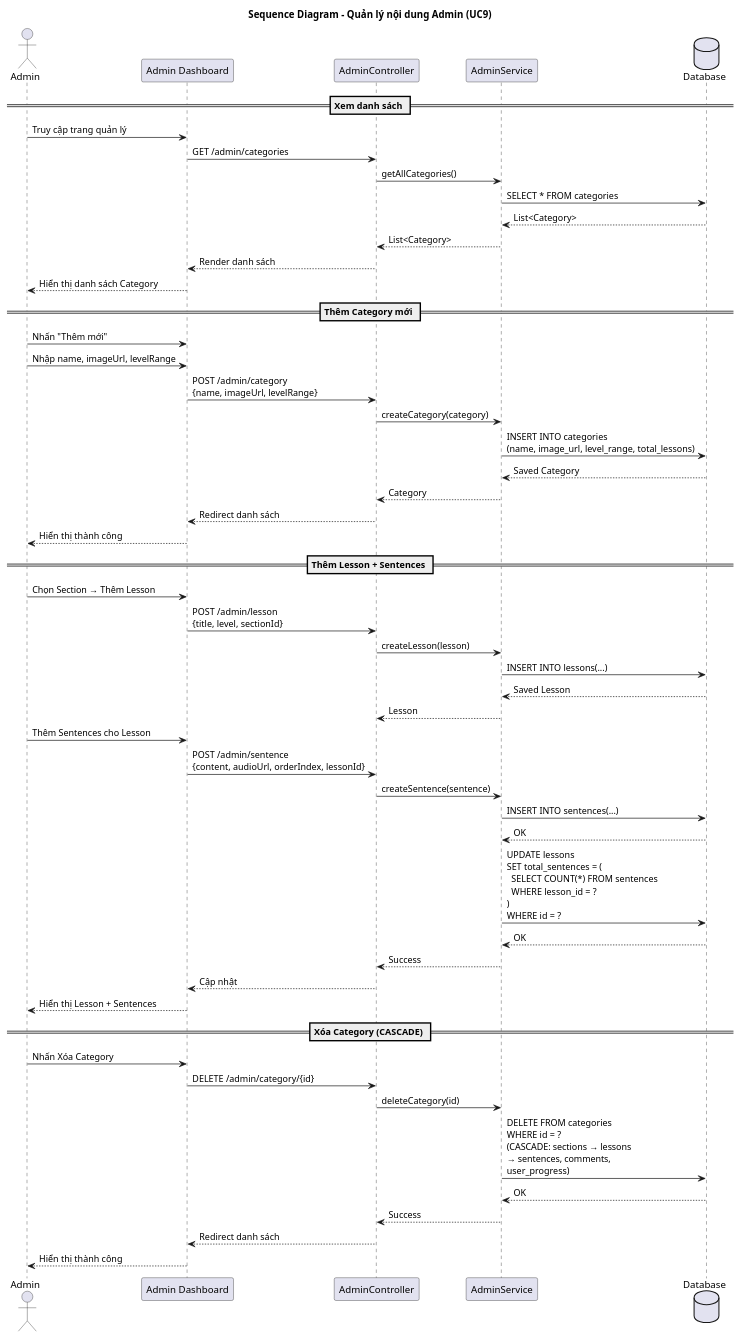
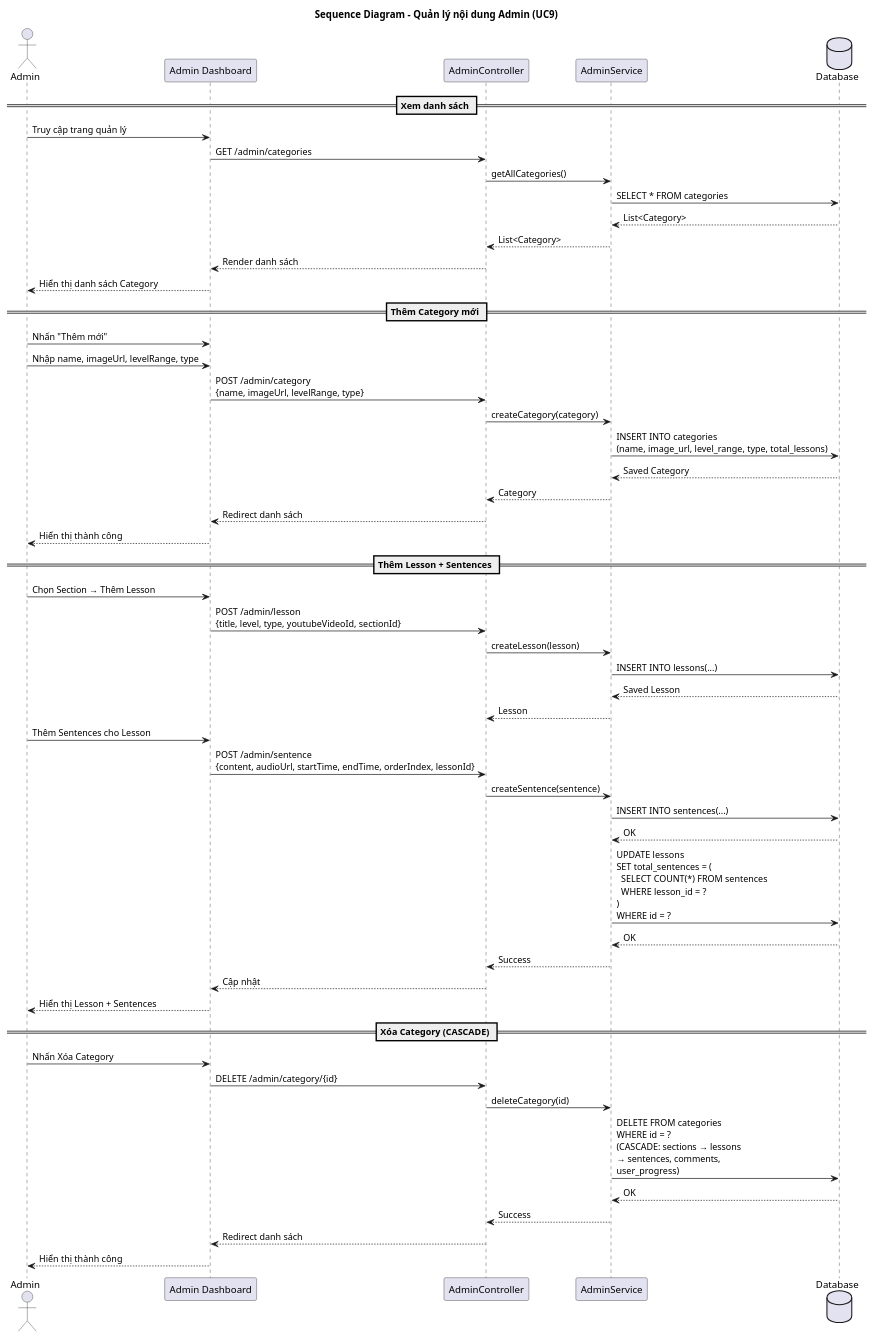
Before and after one commit to nguyenthetan752005-max/EnglishListeningPracticeWebsite: the diagram in docs/uml/SequenceDiagram/sequence_manage_content.puml, drawn with PlantUML. The commit also changed 10 other files, not shown here.

```diff
--- a/docs/uml/SequenceDiagram/sequence_manage_content.puml
+++ b/docs/uml/SequenceDiagram/sequence_manage_content.puml
@@ -1,62 +1,62 @@
 @startuml Sequence_ManageContent
 title Sequence Diagram - Quản lý nội dung Admin (UC9)
 
 actor Admin as A
 participant "Admin Dashboard" as V
 participant "AdminController" as AC
 participant "AdminService" as AS
 database "Database" as DB
 
 == Xem danh sách ==
 A -> V : Truy cập trang quản lý
 V -> AC : GET /admin/categories
 AC -> AS : getAllCategories()
 AS -> DB : SELECT * FROM categories
 DB --> AS : List<Category>
 AS --> AC : List<Category>
 AC --> V : Render danh sách
 V --> A : Hiển thị danh sách Category
 
 == Thêm Category mới ==
 A -> V : Nhấn "Thêm mới"
-A -> V : Nhập name, imageUrl, levelRange
-V -> AC : POST /admin/category\n{name, imageUrl, levelRange}
+A -> V : Nhập name, imageUrl, levelRange, type
+V -> AC : POST /admin/category\n{name, imageUrl, levelRange, type}
 AC -> AS : createCategory(category)
-AS -> DB : INSERT INTO categories\n(name, image_url, level_range, total_lessons)
+AS -> DB : INSERT INTO categories\n(name, image_url, level_range, type, total_lessons)
 DB --> AS : Saved Category
 AS --> AC : Category
 AC --> V : Redirect danh sách
 V --> A : Hiển thị thành công
 
 == Thêm Lesson + Sentences ==
 A -> V : Chọn Section → Thêm Lesson
-V -> AC : POST /admin/lesson\n{title, level, sectionId}
+V -> AC : POST /admin/lesson\n{title, level, type, youtubeVideoId, sectionId}
 AC -> AS : createLesson(lesson)
 AS -> DB : INSERT INTO lessons(...)
 DB --> AS : Saved Lesson
 AS --> AC : Lesson
 
 A -> V : Thêm Sentences cho Lesson
-V -> AC : POST /admin/sentence\n{content, audioUrl, orderIndex, lessonId}
+V -> AC : POST /admin/sentence\n{content, audioUrl, startTime, endTime, orderIndex, lessonId}
 AC -> AS : createSentence(sentence)
 AS -> DB : INSERT INTO sentences(...)
 DB --> AS : OK
 
 AS -> DB : UPDATE lessons\nSET total_sentences = (\n  SELECT COUNT(*) FROM sentences\n  WHERE lesson_id = ?\n)\nWHERE id = ?
 DB --> AS : OK
 
 AS --> AC : Success
 AC --> V : Cập nhật
 V --> A : Hiển thị Lesson + Sentences
 
 == Xóa Category (CASCADE) ==
 A -> V : Nhấn Xóa Category
 V -> AC : DELETE /admin/category/{id}
 AC -> AS : deleteCategory(id)
 AS -> DB : DELETE FROM categories\nWHERE id = ?\n(CASCADE: sections → lessons\n→ sentences, comments,\nuser_progress)
 DB --> AS : OK
 AS --> AC : Success
 AC --> V : Redirect danh sách
 V --> A : Hiển thị thành công
 
 @enduml
```
